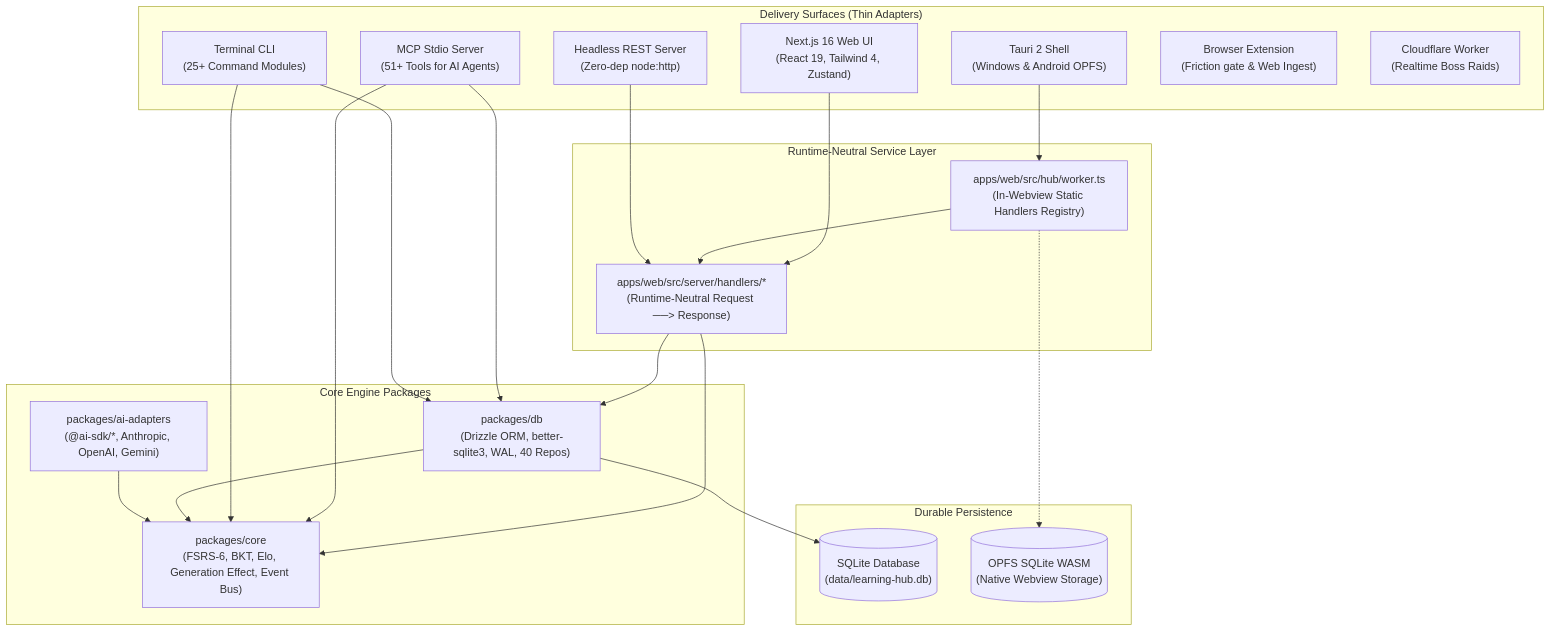
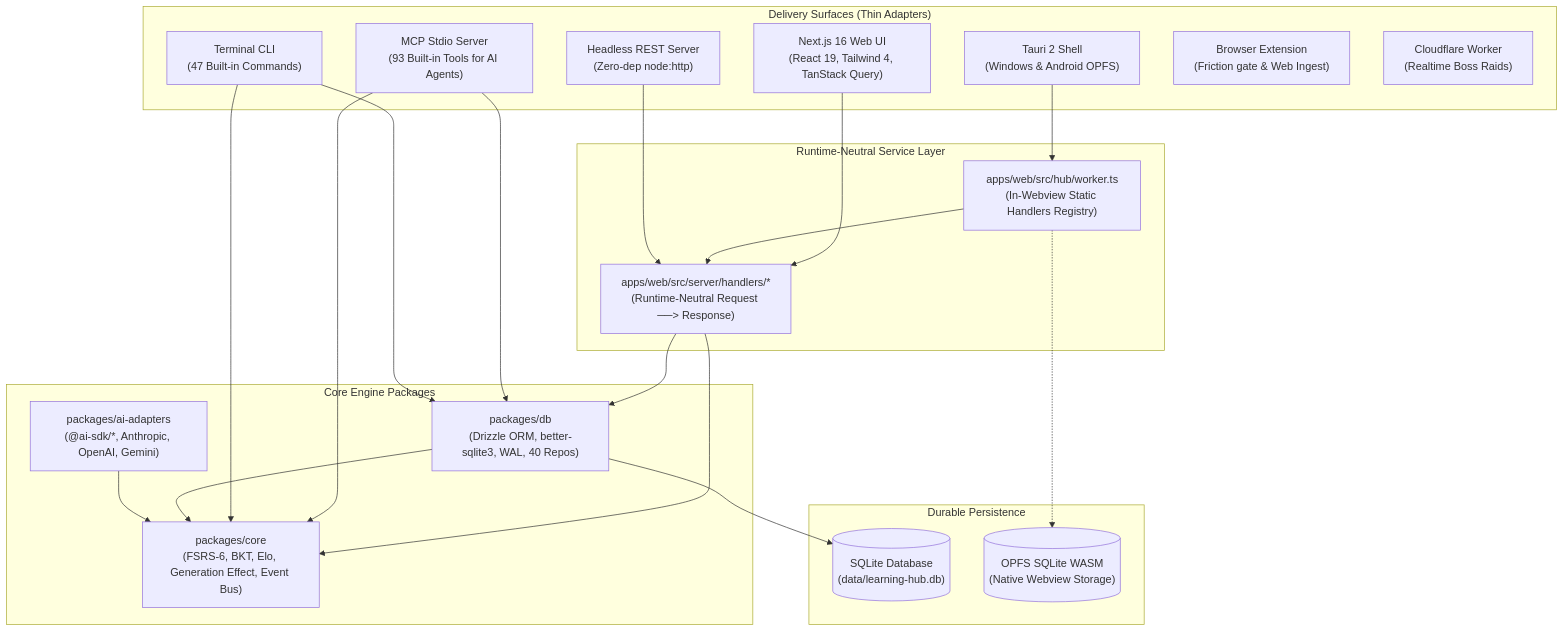
Before and after one commit to Agono0/learning-hub: the first of 2 diagrams in PROJECT_ARCHITECTURE.md, drawn with Mermaid. The commit also changed 6 other files, not shown here.

````diff
--- a/PROJECT_ARCHITECTURE.md
+++ b/PROJECT_ARCHITECTURE.md
@@ -13,43 +13,43 @@
 ```mermaid
 flowchart TD
     subgraph Delivery ["Delivery Surfaces (Thin Adapters)"]
-        WEB["Next.js 16 Web UI<br/>(React 19, Tailwind 4, Zustand)"]
+        WEB["Next.js 16 Web UI<br/>(React 19, Tailwind 4, TanStack Query)"]
         NATIVE["Tauri 2 Shell<br/>(Windows & Android OPFS)"]
-        MCP["MCP Stdio Server<br/>(51+ Tools for AI Agents)"]
-        CLI["Terminal CLI<br/>(25+ Command Modules)"]
+        MCP["MCP Stdio Server<br/>(93 Built-in Tools for AI Agents)"]
+        CLI["Terminal CLI<br/>(47 Built-in Commands)"]
         SERVER["Headless REST Server<br/>(Zero-dep node:http)"]
         EXT["Browser Extension<br/>(Friction gate & Web Ingest)"]
         CF["Cloudflare Worker<br/>(Realtime Boss Raids)"]
     end
 
     subgraph Boundaries ["Runtime-Neutral Service Layer"]
         HANDLERS["apps/web/src/server/handlers/*<br/>(Runtime-Neutral Request ──> Response)"]
         HUB_WORKER["apps/web/src/hub/worker.ts<br/>(In-Webview Static Handlers Registry)"]
     end
 
     subgraph CorePackages ["Core Engine Packages"]
         AIC["packages/ai-adapters<br/>(@ai-sdk/*, Anthropic, OpenAI, Gemini)"]
         DB["packages/db<br/>(Drizzle ORM, better-sqlite3, WAL, 40 Repos)"]
         CORE["packages/core<br/>(FSRS-6, BKT, Elo, Generation Effect, Event Bus)"]
     end
 
     subgraph Storage ["Durable Persistence"]
         SQLITE[("SQLite Database<br/>(data/learning-hub.db)")]
         OPFS[("OPFS SQLite WASM<br/>(Native Webview Storage)")]
     end
 
     WEB --> HANDLERS
     NATIVE --> HUB_WORKER
     HUB_WORKER --> HANDLERS
     SERVER --> HANDLERS
     HANDLERS --> DB
     HANDLERS --> CORE
     MCP --> DB
     MCP --> CORE
     CLI --> DB
     CLI --> CORE
     DB --> CORE
     AIC --> CORE
     DB --> SQLITE
     HUB_WORKER -.-> OPFS
 ```
````
